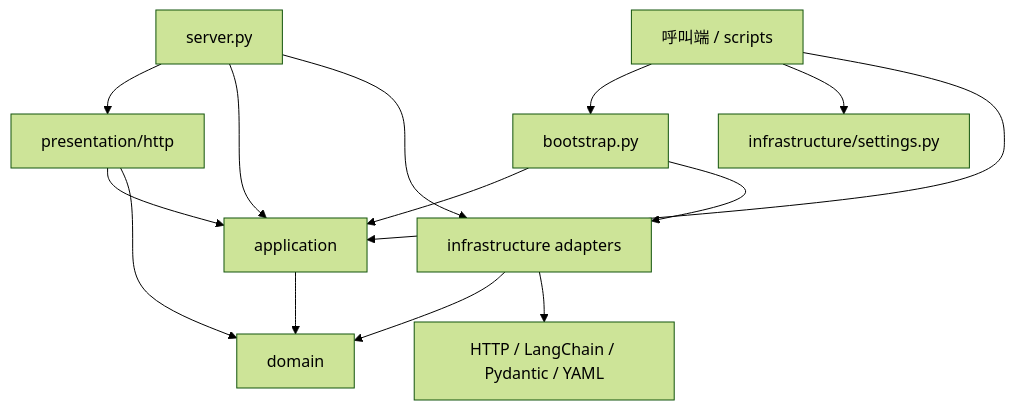
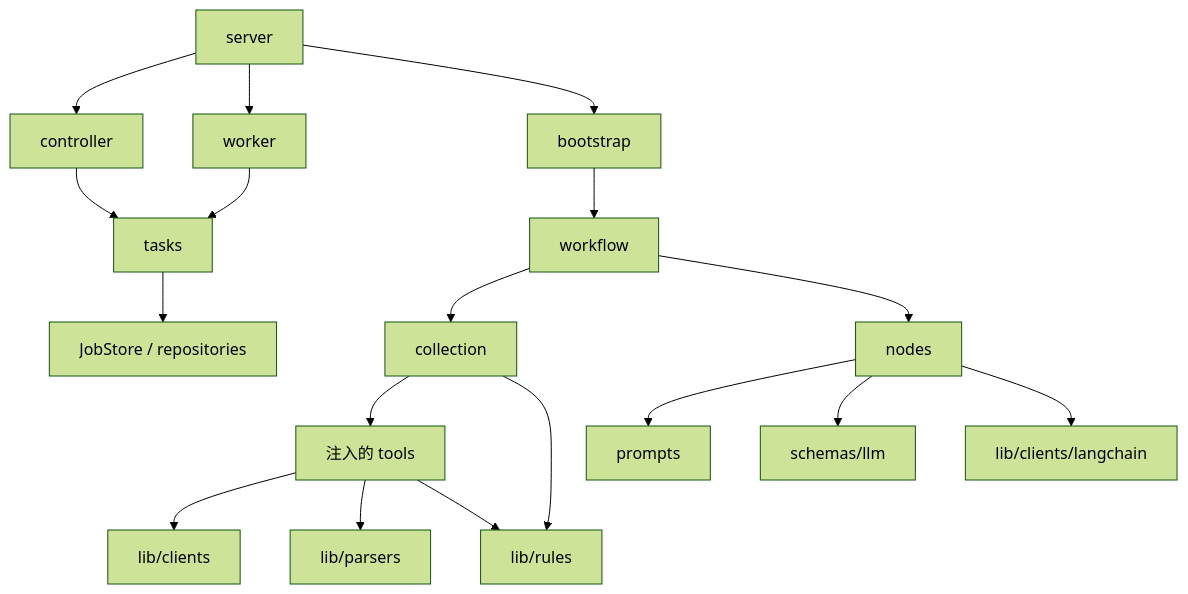
The diagram in structure/README.md (ntut-Tu/test_Agent), drawn with Mermaid (forest theme) before and after one commit. The commit also changed other lines of this file and 121 other files, not shown here.

````diff
--- a/structure/README.md
+++ b/structure/README.md
@@ -127,16 +112,20 @@
 ```mermaid
 flowchart TD
-    Server[server.py] --> HTTP[presentation/http]
-    Server --> App
-    Server --> Infra
-    HTTP --> App
-    HTTP --> Domain
-    Entry[呼叫端 / scripts] --> Bootstrap[bootstrap.py]
-    Entry --> Settings[infrastructure/settings.py]
-    Entry --> App[application]
-    Bootstrap --> App
-    Bootstrap --> Infra[infrastructure adapters]
-    App --> Domain[domain]
-    Infra --> Domain
-    Infra --> External[HTTP / LangChain / Pydantic / YAML]
+    Server[server] --> Controller[controller]
+    Controller --> Tasks[tasks]
+    Server --> Worker[worker]
+    Worker --> Tasks
+    Tasks --> Repo[JobStore / repositories]
+    Server --> Bootstrap[bootstrap]
+    Bootstrap --> Workflow[workflow]
+    Workflow --> Collection[collection]
+    Workflow --> Nodes[nodes]
+    Collection --> Tools[注入的 tools]
+    Tools --> Clients[lib/clients]
+    Tools --> Parsers[lib/parsers]
+    Tools --> Rules[lib/rules]
+    Collection --> Rules
+    Nodes --> Prompts[prompts]
+    Nodes --> Schema[schemas/llm]
+    Nodes --> ModelClient[lib/clients/langchain]
 ```
````
